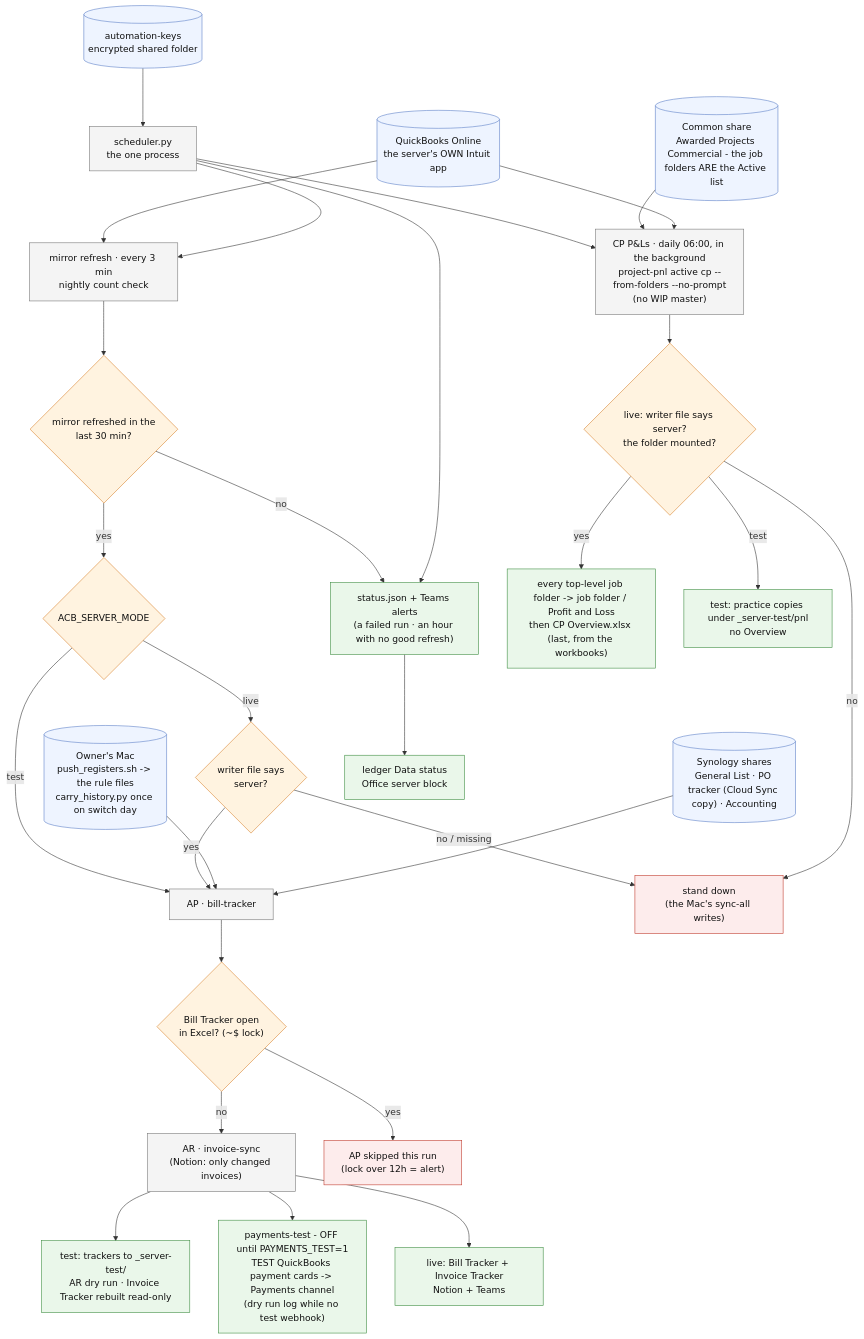
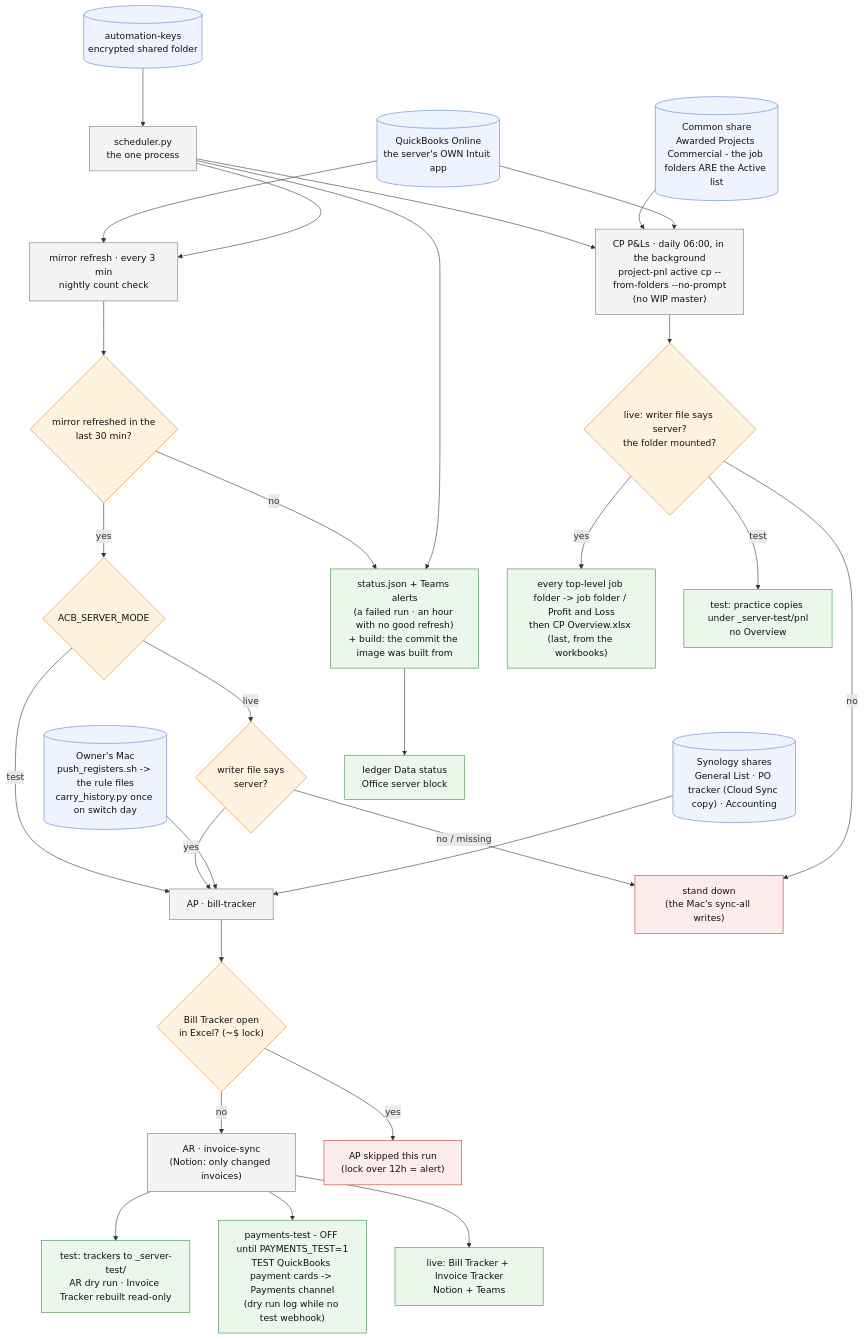
The diagram in docker/FLOW.md (Ecarlo-Proficient/Claude-Report), drawn with Mermaid before and after one commit. The commit also changed other lines of this file and 16 other files, not shown here.

````diff
--- a/docker/FLOW.md
+++ b/docker/FLOW.md
@@ -9,59 +9,59 @@
 ```mermaid
 flowchart TD
     classDef src fill:#eef4ff,stroke:#5b7fc7,color:#111
     classDef tool fill:#f4f4f4,stroke:#777,color:#111
     classDef gate fill:#fff3e0,stroke:#d9822b,color:#111
     classDef out fill:#eaf7ea,stroke:#3c8d40,color:#111
     classDef stop fill:#fdecec,stroke:#c0392b,color:#111
 
     QBO[("QuickBooks Online<br/>the server's OWN Intuit app")]:::src
     KEYS[("automation-keys<br/>encrypted shared folder")]:::src
     MAC[("Owner's Mac<br/>push_registers.sh -> the rule files<br/>carry_history.py once on switch day")]:::src
     FILES[("Synology shares<br/>General List · PO tracker (Cloud Sync copy) · Accounting")]:::src
     CPF[("Common share<br/>Awarded Projects Commercial - the job folders ARE the Active list")]:::src
 
     CLOCK["scheduler.py<br/>the one process"]:::tool
     MIR["mirror refresh · every 3 min<br/>nightly count check"]:::tool
     STALE{"mirror refreshed in the<br/>last 30 min?"}:::gate
     MODE{"ACB_SERVER_MODE"}:::gate
     WRITER{"writer file says<br/>server?"}:::gate
     AP["AP · bill-tracker"]:::tool
     AR["AR · invoice-sync<br/>(Notion: only changed invoices)"]:::tool
     OPEN{"Bill Tracker open<br/>in Excel? (~$ lock)"}:::gate
     SKIPAP["AP skipped this run<br/>(lock over 12h = alert)"]:::stop
     TEST["test: trackers to _server-test/<br/>AR dry run · Invoice Tracker rebuilt read-only"]:::out
     PTEST["payments-test - OFF until PAYMENTS_TEST=1<br/>TEST QuickBooks payment cards -> Payments channel<br/>(dry run log while no test webhook)"]:::out
     LIVE["live: Bill Tracker + Invoice Tracker<br/>Notion + Teams"]:::out
     DOWN["stand down<br/>(the Mac's sync-all writes)"]:::stop
-    STATUS["status.json + Teams alerts<br/>(a failed run · an hour with no good refresh)"]:::out
+    STATUS["status.json + Teams alerts<br/>(a failed run · an hour with no good refresh)<br/>+ build: the commit the image was built from"]:::out
     PNL["CP P&Ls · daily 06:00, in the background<br/>project-pnl active cp --from-folders --no-prompt<br/>(no WIP master)"]:::tool
     PNLW{"live: writer file says server?<br/>the folder mounted?"}:::gate
     PNLOUT["every top-level job folder -> job folder / Profit and Loss<br/>then CP Overview.xlsx (last, from the workbooks)"]:::out
     PNLTEST["test: practice copies under _server-test/pnl<br/>no Overview"]:::out
 
     KEYS --> CLOCK
     QBO --> MIR
     CLOCK --> MIR --> STALE
     STALE -- no --> STATUS
     STALE -- yes --> MODE
     MODE -- test --> AP
     MODE -- live --> WRITER
     WRITER -- no / missing --> DOWN
     WRITER -- yes --> AP
     MAC --> AP
     FILES --> AP
     AP --> OPEN
     OPEN -- yes --> SKIPAP
     OPEN -- no --> AR
     AR --> TEST
     AR --> PTEST
     AR --> LIVE
     CLOCK --> PNL --> PNLW
     CPF --> PNL
     QBO --> PNL
     PNLW -- no --> DOWN
     PNLW -- yes --> PNLOUT
     PNLW -- test --> PNLTEST
     CLOCK --> STATUS
     STATUS --> LEDGER["ledger Data status<br/>Office server block"]:::out
 ```
````
